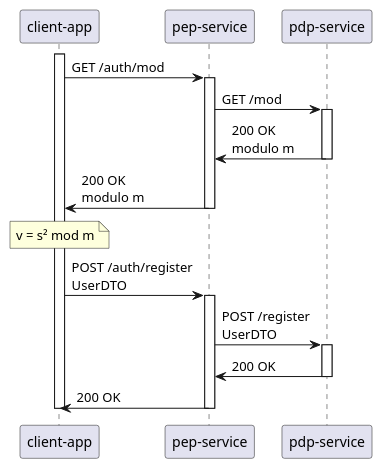
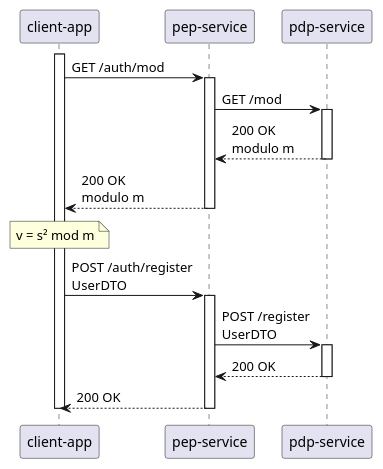
One commit to nschubi/zero-trust-zkp-poc changed the diagram in doc/plantuml/register_user.puml. Above: the diagram before and after it, drawn with PlantUML. The commit also changed 2 other files, not shown here.

```diff
--- a/doc/plantuml/register_user.puml
+++ b/doc/plantuml/register_user.puml
@@ -1,29 +1,29 @@
 @startuml
 participant "client-app" as client
 participant "pep-service" as pep
 participant "pdp-service" as pdp
 
 activate client
 client -> pep : GET /auth/mod
 activate pep
 pep -> pdp : GET /mod
 activate pdp
-pdp -> pep : 200 OK\nmodulo m
+pdp --> pep : 200 OK\nmodulo m
 deactivate pdp
-pep -> client : 200 OK\nmodulo m
+pep --> client : 200 OK\nmodulo m
 deactivate pep
 
 note over client : v = s² mod m
 
 client -> pep : POST /auth/register\nUserDTO
 '\n{\n  "username": "alice",\n  "secret": "1234567890"\n}
 activate pep
 pep -> pdp : POST /register\nUserDTO
 activate pdp
-pdp -> pep : 200 OK
+pdp --> pep : 200 OK
 deactivate pdp
-pep -> client : 200 OK
+pep --> client : 200 OK
 deactivate pep
 
 deactivate client
 @enduml
```
